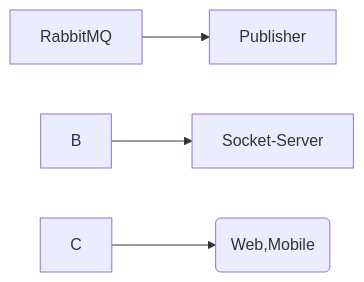
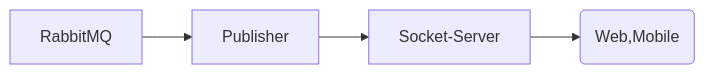
One commit to spaceomid/Documentation changed the diagram in docs/Streaming/index.md. Above: the diagram before and after it, drawn with Mermaid.

Commit message:
updating streaming chart

````diff
--- a/docs/Streaming/index.md
+++ b/docs/Streaming/index.md
@@ -3,6 +3,6 @@
 ``` mermaid
   graph LR
-  A[RabbitMQ] --> Publisher
-  B --> Socket-Server
+  A[RabbitMQ] --> B[Publisher]
+  B --> C[Socket-Server]
   C --> Client(Web,Mobile)
 ```
````
